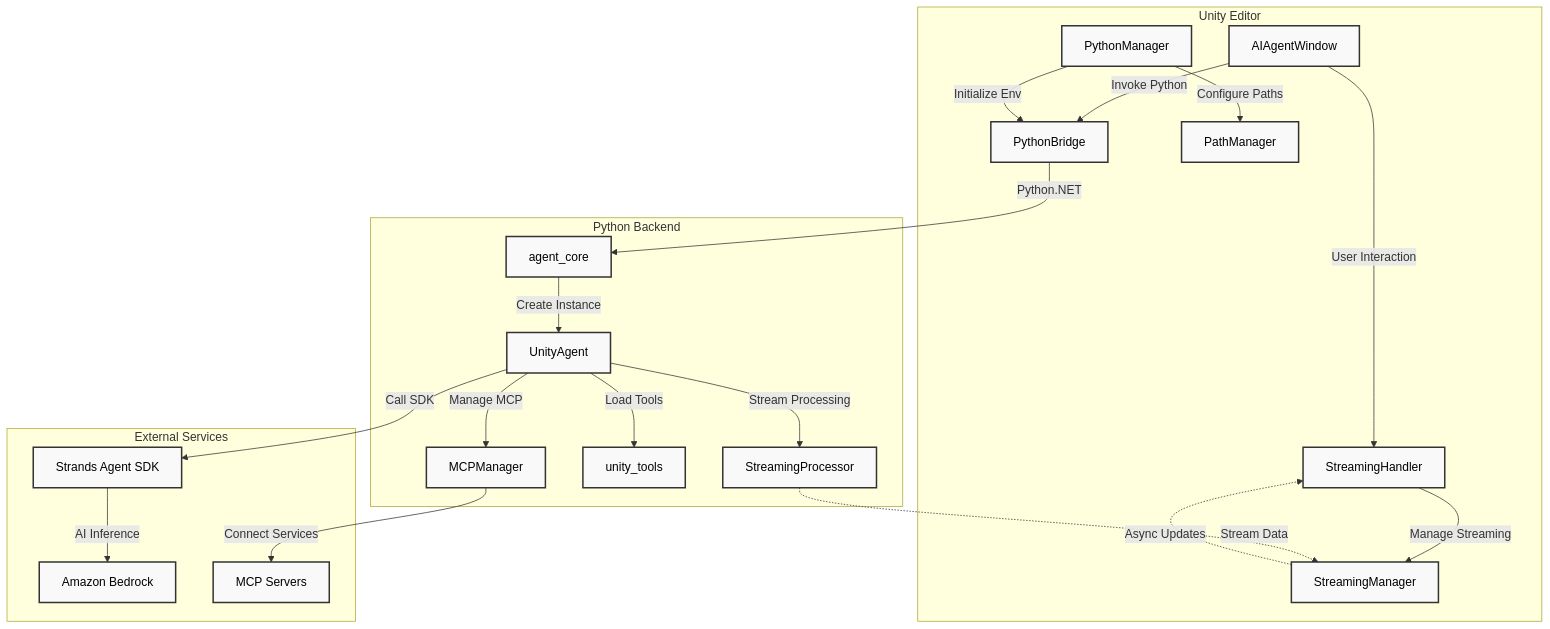
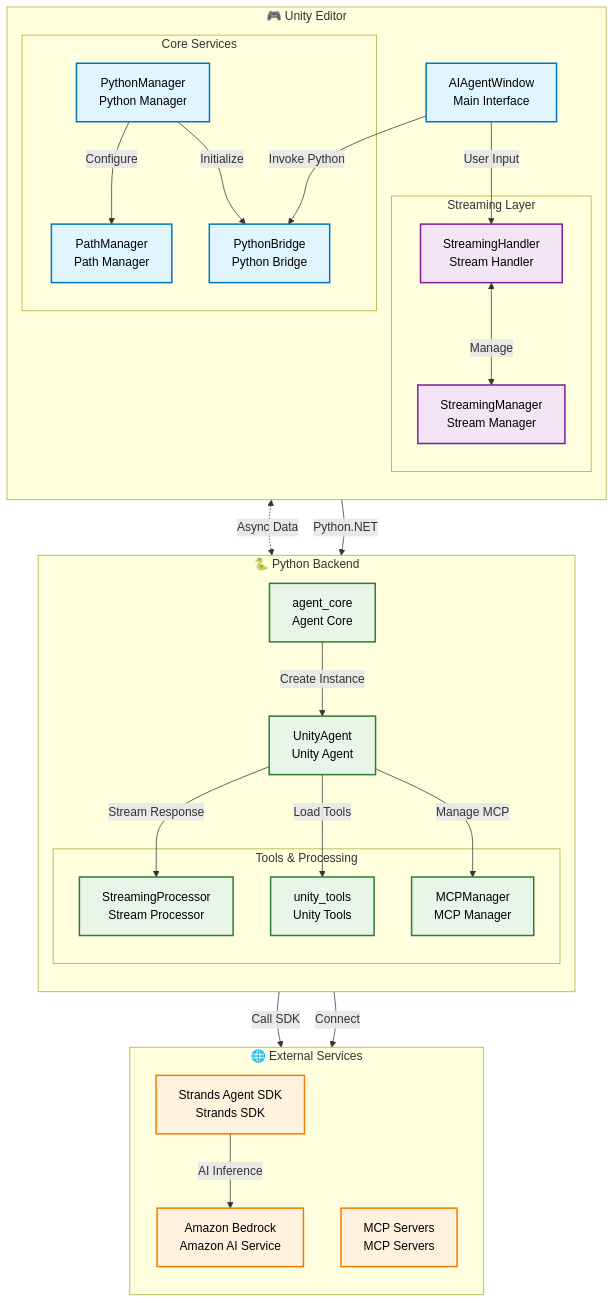
The second of 2 diagrams in README.md (ddpie/unity-strands-agent), drawn with Mermaid before and after one commit. The commit also changed other lines of this file, not shown here.

Commit message:
reorganize system architecture diagram for better readability
- Add emoji icons to distinguish different service layers
- Group components into logical layers (Streaming, Core Services, Tools & Processing)
- Add component descriptions with line breaks for clarity
- Implement color-coded styling for different component types
- Organize data flows with clear comments and grouping
- Improve visual hierarchy with nested subgraphs
- Maintain consistency between Chinese and English versions
- Enhance overall diagram aesthetics and comprehension

````diff
--- a/README.md
+++ b/README.md
@@ -155,44 +183,72 @@
 ```mermaid
 graph TB
-    subgraph Unity[Unity Editor]
-        UI[AIAgentWindow]
-        SH[StreamingHandler]
-        SM[StreamingManager]
-        PB[PythonBridge]
-        PM[PythonManager]
-        PATH[PathManager]
+    subgraph Unity["🎮 Unity Editor"]
+        direction TB
+        UI[AIAgentWindow<br/>Main Interface]
+        
+        subgraph Streaming["Streaming Layer"]
+            SH[StreamingHandler<br/>Stream Handler]
+            SM[StreamingManager<br/>Stream Manager]
+        end
+        
+        subgraph Core["Core Services"]
+            PB[PythonBridge<br/>Python Bridge]
+            PM[PythonManager<br/>Python Manager]
+            PATH[PathManager<br/>Path Manager]
+        end
     end
     
-    subgraph Python[Python Backend]
-        AC[agent_core]
-        UA[UnityAgent]
-        SP[StreamingProcessor]
-        UT[unity_tools]
-        MM[MCPManager]
+    subgraph Python["🐍 Python Backend"]
+        direction TB
+        AC[agent_core<br/>Agent Core]
+        UA[UnityAgent<br/>Unity Agent]
+        
+        subgraph Tools["Tools & Processing"]
+            SP[StreamingProcessor<br/>Stream Processor]
+            UT[unity_tools<br/>Unity Tools]
+            MM[MCPManager<br/>MCP Manager]
+        end
     end
     
-    subgraph External[External Services]
-        SDK[Strands Agent SDK]
-        AWS[Amazon Bedrock]
-        MCP[MCP Servers]
+    subgraph External["🌐 External Services"]
+        direction TB
+        SDK[Strands Agent SDK<br/>Strands SDK]
+        AWS[Amazon Bedrock<br/>Amazon AI Service]
+        MCP[MCP Servers<br/>MCP Servers]
     end
     
-    UI -->|User Interaction| SH
+    %% User interaction flow
+    UI -->|User Input| SH
     UI -->|Invoke Python| PB
-    SH -->|Manage Streaming| SM
-    PM -->|Initialize Env| PB
-    PM -->|Configure Paths| PATH
+    
+    %% Streaming flow
+    SH <-->|Manage| SM
+    SM <-.->|Async Data| SP
+    
+    %% Core services flow
+    PM -->|Initialize| PB
+    PM -->|Configure| PATH
     PB -->|Python.NET| AC
+    
+    %% Python internal flow
     AC -->|Create Instance| UA
-    UA -->|Stream Processing| SP
+    UA -->|Stream Response| SP
     UA -->|Load Tools| UT
     UA -->|Manage MCP| MM
+    
+    %% External services flow
     UA -->|Call SDK| SDK
     SDK -->|AI Inference| AWS
-    MM -->|Connect Services| MCP
-    SP -.->|Stream Data| SM
-    SM -.->|Async Updates| SH
+    MM -->|Connect| MCP
     
-    classDef default fill:#f9f9f9,stroke:#333,stroke-width:2px,color:#000
-    classDef external fill:#fff,stroke:#666,stroke-width:2px,color:#000
+    %% Style definitions
+    classDef unityStyle fill:#e1f5fe,stroke:#0277bd,stroke-width:2px,color:#000
+    classDef pythonStyle fill:#e8f5e8,stroke:#2e7d32,stroke-width:2px,color:#000
+    classDef externalStyle fill:#fff3e0,stroke:#f57c00,stroke-width:2px,color:#000
+    classDef streamStyle fill:#f3e5f5,stroke:#7b1fa2,stroke-width:2px,color:#000
+    
+    class UI,PB,PM,PATH unityStyle
+    class SH,SM streamStyle
+    class AC,UA,SP,UT,MM pythonStyle
+    class SDK,AWS,MCP externalStyle
 ```
````
